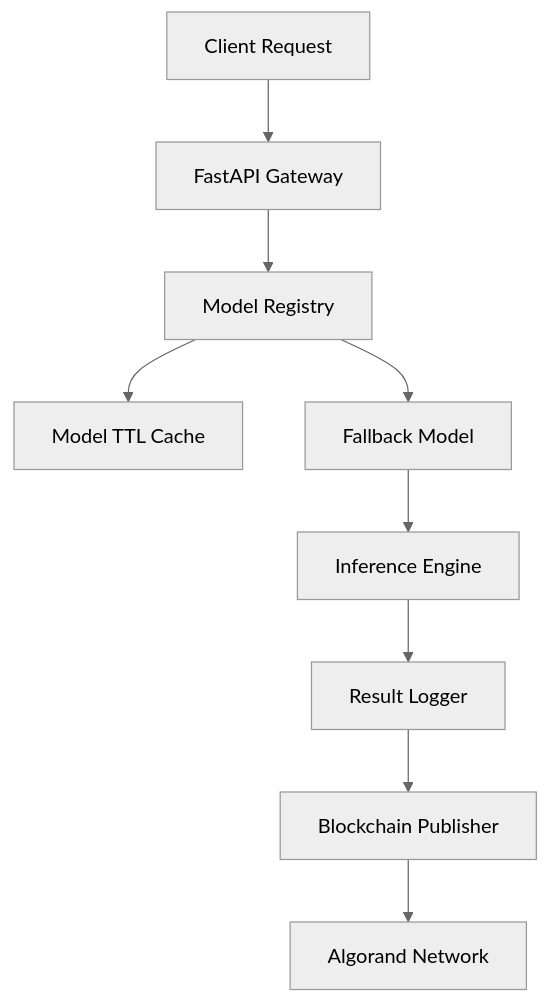
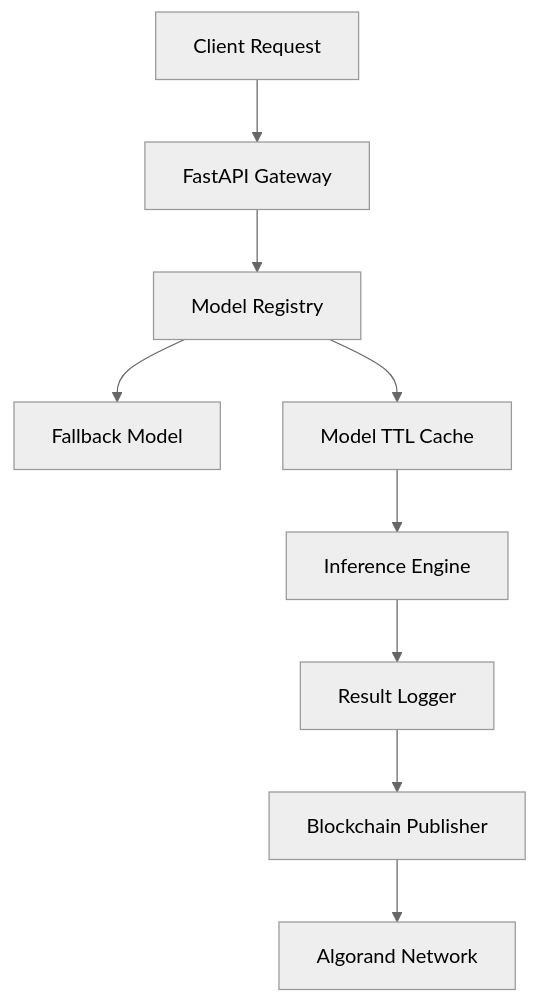
Before and after one commit to AnVenDev/axiomatic_oracle: the diagram in README.md, drawn with Mermaid (neutral theme).

````diff
--- a/README.md
+++ b/README.md
@@ -25,11 +25,11 @@
 ```mermaid
 graph TB
     A[Client Request] --> B[FastAPI Gateway]
     B --> C[Model Registry]
-    C --> D[Model TTL Cache]
-    C --> E[Fallback Model]
+    C --> D[Fallback Model]
+    C --> E[Model TTL Cache]
     E --> F[Inference Engine]
     F --> G[Result Logger]
     G --> H[Blockchain Publisher]
     H --> I[Algorand Network]
 ```
````
